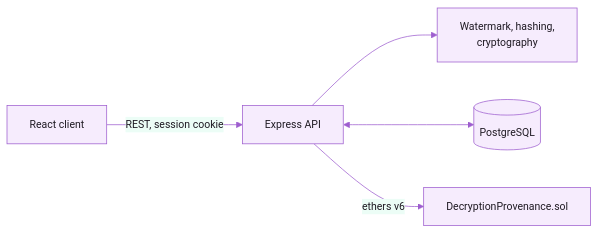
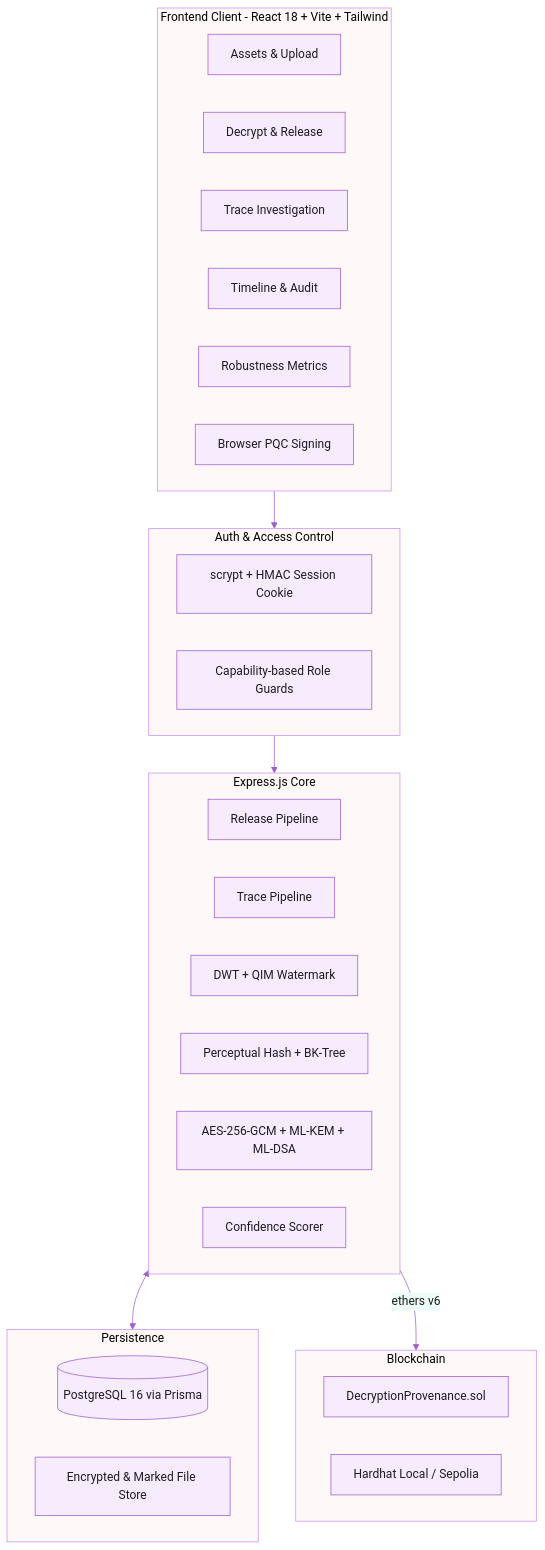
One commit to TIRTHPATEL3086/idex_trinetra changed the second of 4 diagrams in README.md. Above: the diagram before and after it, drawn with Mermaid. The commit also changed other lines of this file, not shown here.

````diff
--- a/README.md
+++ b/README.md
@@ -58,8 +115,40 @@
 ```mermaid
-%%{init: {'theme':'base','themeVariables':{'fontFamily':'Inter, -apple-system, Segoe UI, sans-serif','fontSize':'14px','primaryColor':'#f6ecfd','primaryBorderColor':'#9e5ecf','primaryTextColor':'#1f1a23','lineColor':'#9e5ecf','clusterBkg':'#fff8f8','clusterBorder':'#e7dde0'}}}%%
-flowchart LR
-    Client["React client"] -->|REST, session cookie| API["Express API"]
-    API --> Core["Watermark, hashing,<br/>cryptography"]
-    API <--> DB[("PostgreSQL")]
-    API -->|ethers v6| Chain["DecryptionProvenance.sol"]
+%%{init: {'theme':'base','themeVariables':{'fontFamily':'Inter, Segoe UI, sans-serif','primaryColor':'#f6ecfd','primaryBorderColor':'#9e5ecf','primaryTextColor':'#1f1a23','lineColor':'#9e5ecf','clusterBkg':'#fff8f8','clusterBorder':'#cc91f0'}}}%%
+flowchart TB
+    subgraph Client [Frontend Client - React 18 + Vite + Tailwind]
+        AS[Assets & Upload]
+        DC[Decrypt & Release]
+        TR[Trace Investigation]
+        TL[Timeline & Audit]
+        RB[Robustness Metrics]
+        BR[Browser PQC Signing]
+    end
+
+    subgraph Gateway [Auth & Access Control]
+        AUTH[scrypt + HMAC Session Cookie]
+        RBAC[Capability-based Role Guards]
+    end
+
+    subgraph Core [Express.js Core]
+        REL[Release Pipeline]
+        TRC[Trace Pipeline]
+        WM[DWT + QIM Watermark]
+        HS[Perceptual Hash + BK-Tree]
+        CR[AES-256-GCM + ML-KEM + ML-DSA]
+        SC[Confidence Scorer]
+    end
+
+    subgraph Data [Persistence]
+        PG[(PostgreSQL 16 via Prisma)]
+        FS[Encrypted & Marked File Store]
+    end
+
+    subgraph Chain [Blockchain]
+        SOL[DecryptionProvenance.sol]
+        NET[Hardhat Local / Sepolia]
+    end
+
+    Client --> Gateway --> Core
+    Core <--> Data
+    Core -->|ethers v6| Chain
 ```
````
